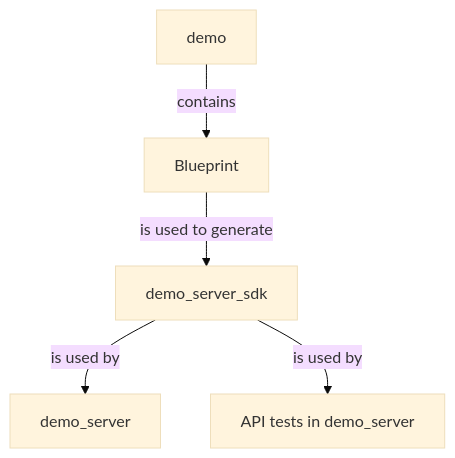
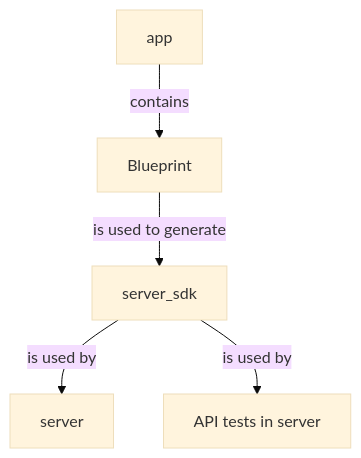
One commit to LukeMathWalker/pavex changed the diagram in docs/guide/project_structure/index.md. Above: the diagram before and after it, drawn with Mermaid (base theme). The commit also changed other lines of this file and 137 other files, not shown here.

````diff
--- a/docs/guide/project_structure/index.md
+++ b/docs/guide/project_structure/index.md
@@ -36,7 +36,7 @@
 ```mermaid
 graph 
-  d[demo] -->|contains| bp[Blueprint];
-  bp -->|is used to generate| dss[demo_server_sdk];
-  dss -->|is used by| ds[demo_server];
-  dss -->|is used by| dst[API tests in demo_server];
+  d[app] -->|contains| bp[Blueprint];
+  bp -->|is used to generate| dss[server_sdk];
+  dss -->|is used by| ds[server];
+  dss -->|is used by| dst[API tests in server];
 ```
````
